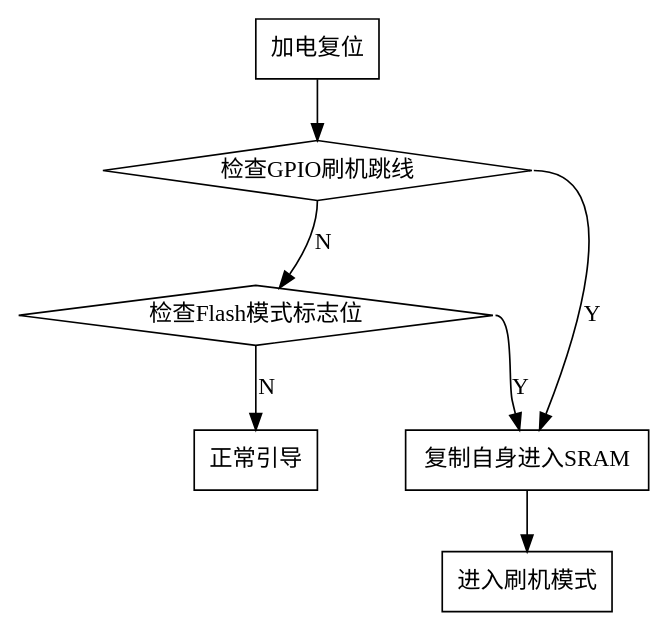
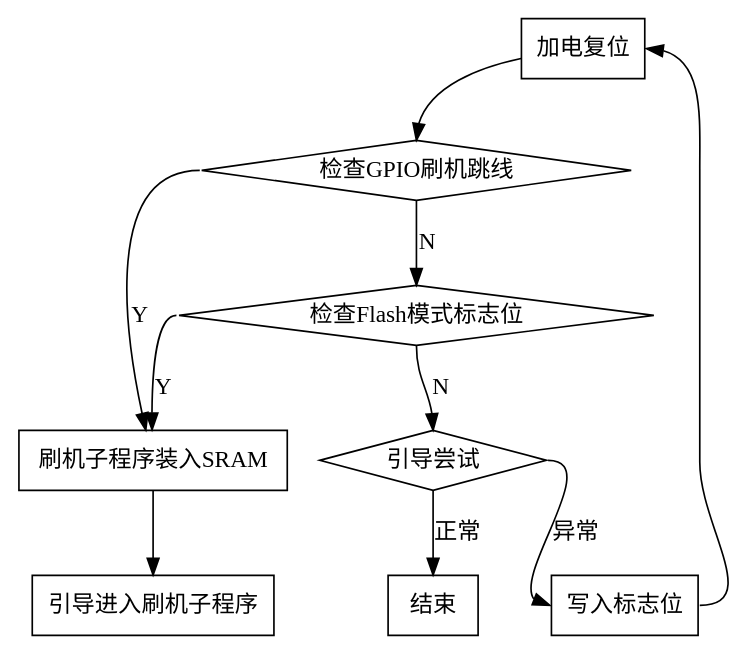
One commit to wfjsw/os-design changed the diagram in docs/bootloader/grandplot.dot. Above: the diagram before and after it, drawn with Graphviz. The commit also changed 24 other files, not shown here.

```diff
--- a/docs/bootloader/grandplot.dot
+++ b/docs/bootloader/grandplot.dot
@@ -1,24 +1,29 @@
 digraph {
     node [shape="box"];
 
     加电复位
 
     检查GPIO刷机跳线 [shape="diamond"];
     检查Flash模式标志位 [shape="diamond"];
-    复制自身进入SRAM
-    进入刷机模式
-    正常引导
+    刷机子程序装入SRAM
+    引导进入刷机子程序
+    引导尝试 [shape="diamond"];
 
 
-    加电复位 -> 检查GPIO刷机跳线
+    加电复位 -> 检查GPIO刷机跳线:n
 
-    检查GPIO刷机跳线:e -> 复制自身进入SRAM [label="Y"];
+    检查GPIO刷机跳线:w -> 刷机子程序装入SRAM [label="Y"];
 
     检查GPIO刷机跳线:s -> 检查Flash模式标志位 [label="N"];
 
-    检查Flash模式标志位:e -> 复制自身进入SRAM [label="Y"];
+    检查Flash模式标志位:w -> 刷机子程序装入SRAM [label="Y"];
 
-    复制自身进入SRAM -> 进入刷机模式
+    刷机子程序装入SRAM -> 引导进入刷机子程序
 
-    检查Flash模式标志位:s -> 正常引导 [label="N"];
+    检查Flash模式标志位:s -> 引导尝试:n [label="N"];
+
+    引导尝试 -> 结束 [label="正常"]
+
+    引导尝试:e -> 写入标志位:w [label="异常"]
+    写入标志位:e -> 加电复位:e
 }
```
